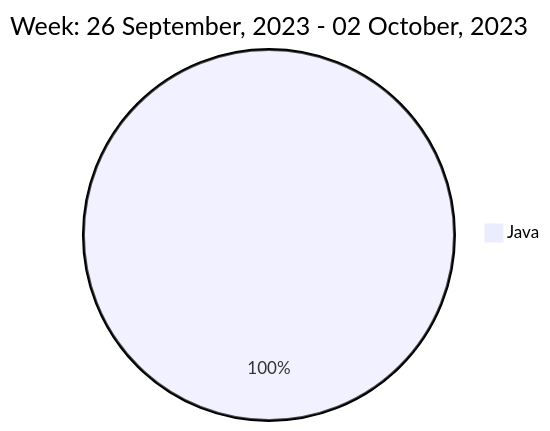
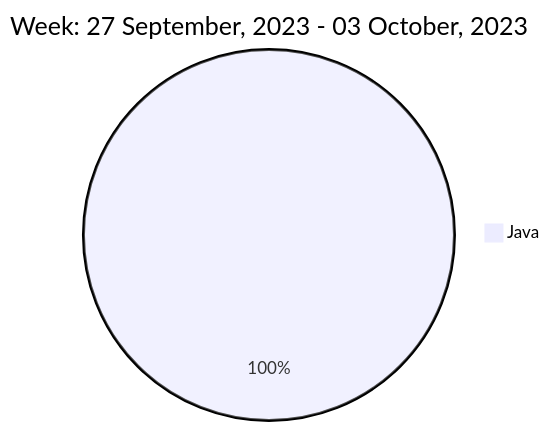
The diagram in README.md (liubin95/liubin95), drawn with Mermaid before and after one commit.

Commit message:
Updated the Graph with new Metrics

````diff
--- a/README.md
+++ b/README.md
@@ -40,5 +40,5 @@
 ```mermaid
  pie
-title Week: 26 September, 2023 - 02 October, 2023
+title Week: 27 September, 2023 - 03 October, 2023
  "Java" : 1.12
 ```
````
